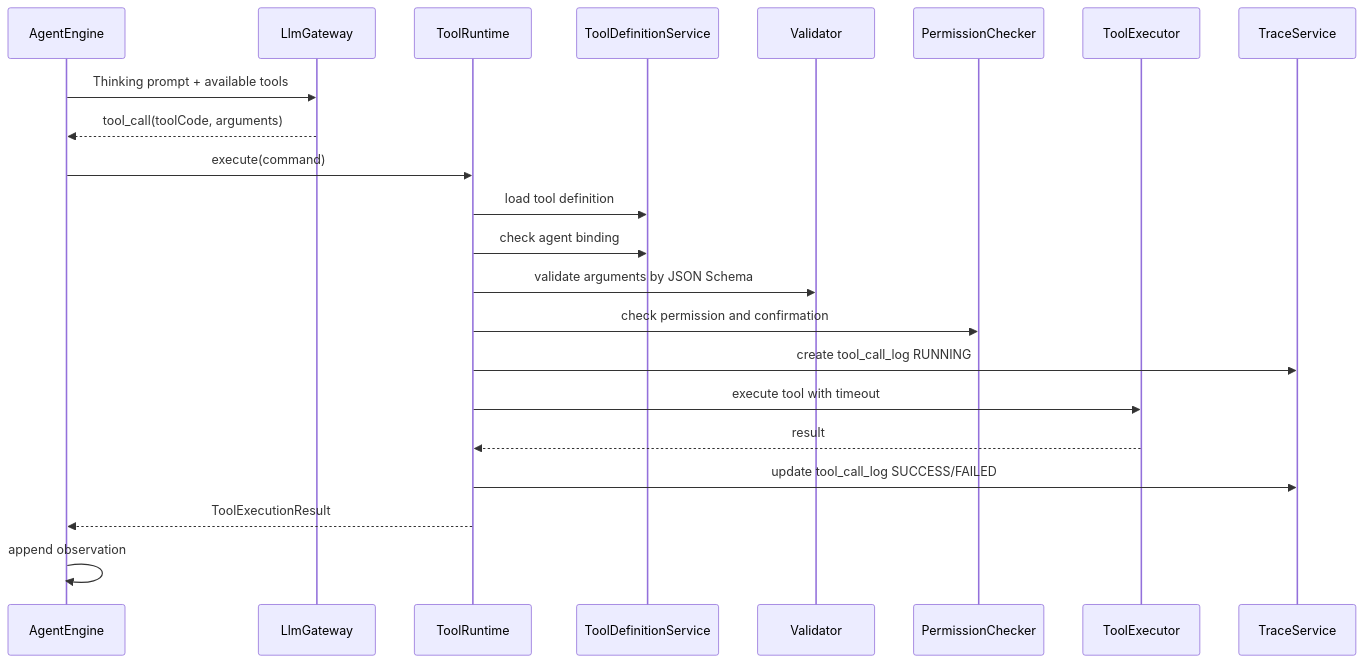
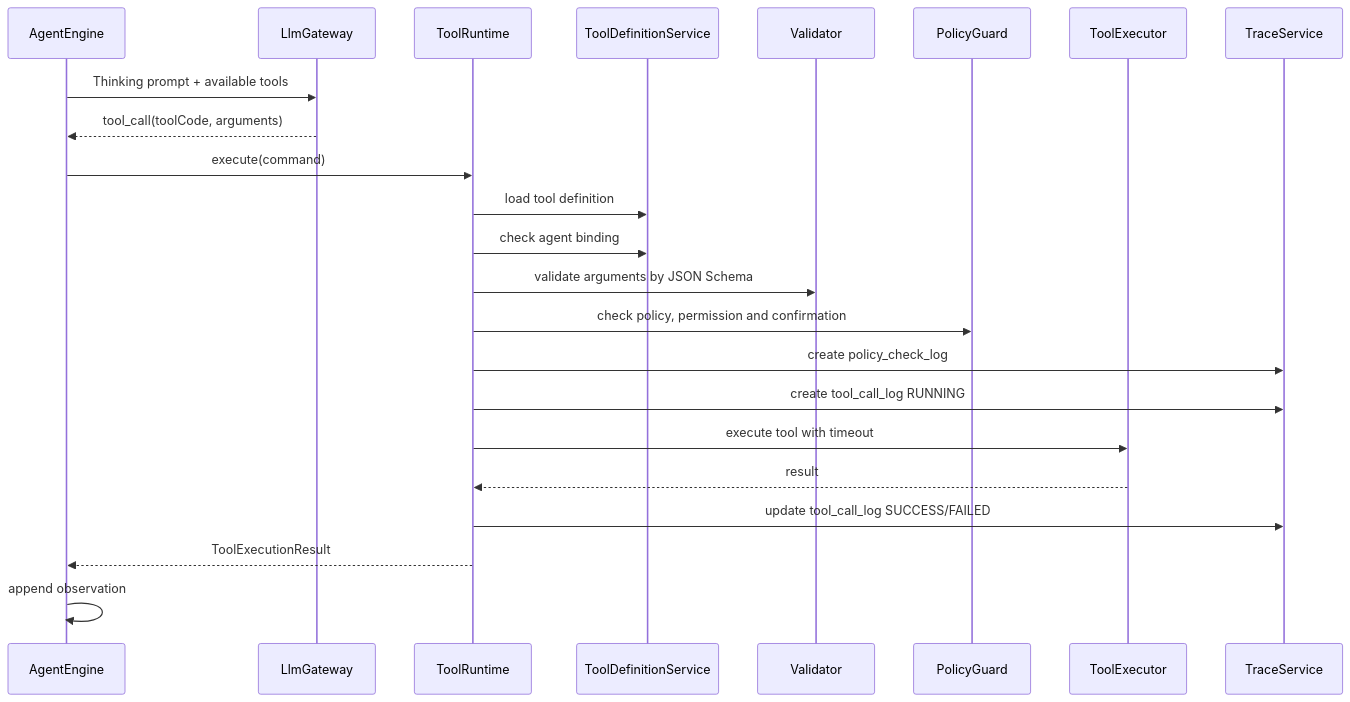
The second of 2 diagrams in agentflow-hub-tool-system-design.md (Xavi-L/AgentFlow-Hub), drawn with Mermaid before and after one commit. The commit also changed other lines of this file and 9 other files, not shown here.

````diff
--- a/agentflow-hub-tool-system-design.md
+++ b/agentflow-hub-tool-system-design.md
@@ -334,25 +339,26 @@
 ```mermaid
 sequenceDiagram
     participant AE as AgentEngine
     participant LLM as LlmGateway
     participant TR as ToolRuntime
     participant TD as ToolDefinitionService
     participant V as Validator
-    participant P as PermissionChecker
+    participant P as PolicyGuard
     participant EX as ToolExecutor
     participant LOG as TraceService
 
     AE->>LLM: Thinking prompt + available tools
     LLM-->>AE: tool_call(toolCode, arguments)
     AE->>TR: execute(command)
     TR->>TD: load tool definition
     TR->>TD: check agent binding
     TR->>V: validate arguments by JSON Schema
-    TR->>P: check permission and confirmation
+    TR->>P: check policy, permission and confirmation
+    TR->>LOG: create policy_check_log
     TR->>LOG: create tool_call_log RUNNING
     TR->>EX: execute tool with timeout
     EX-->>TR: result
     TR->>LOG: update tool_call_log SUCCESS/FAILED
     TR-->>AE: ToolExecutionResult
     AE->>AE: append observation
 ```
````
